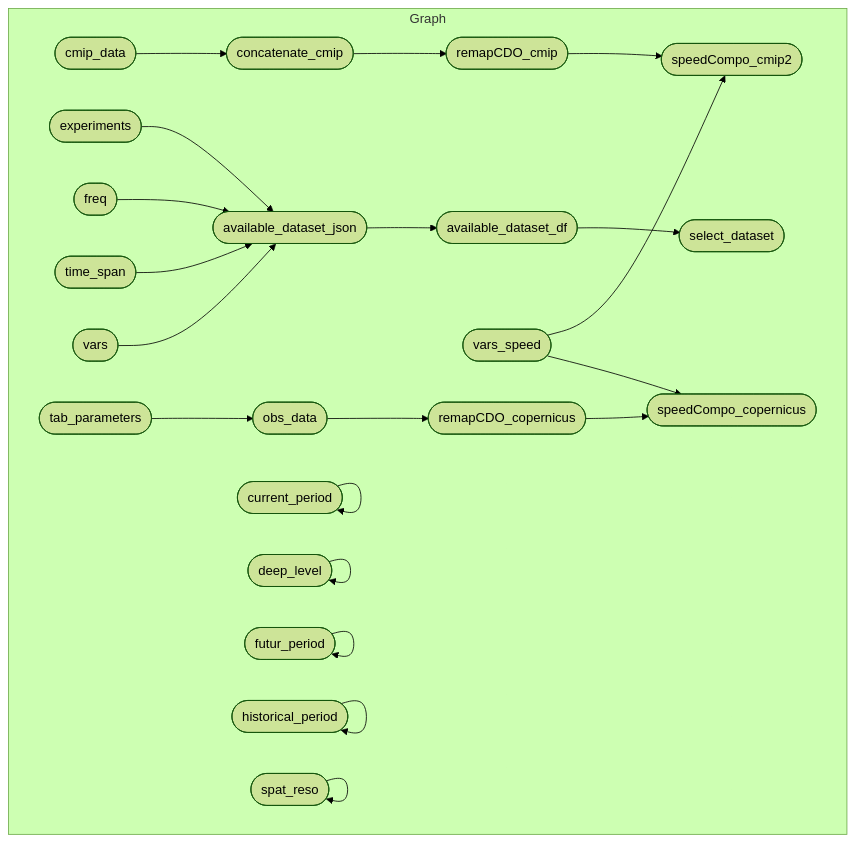
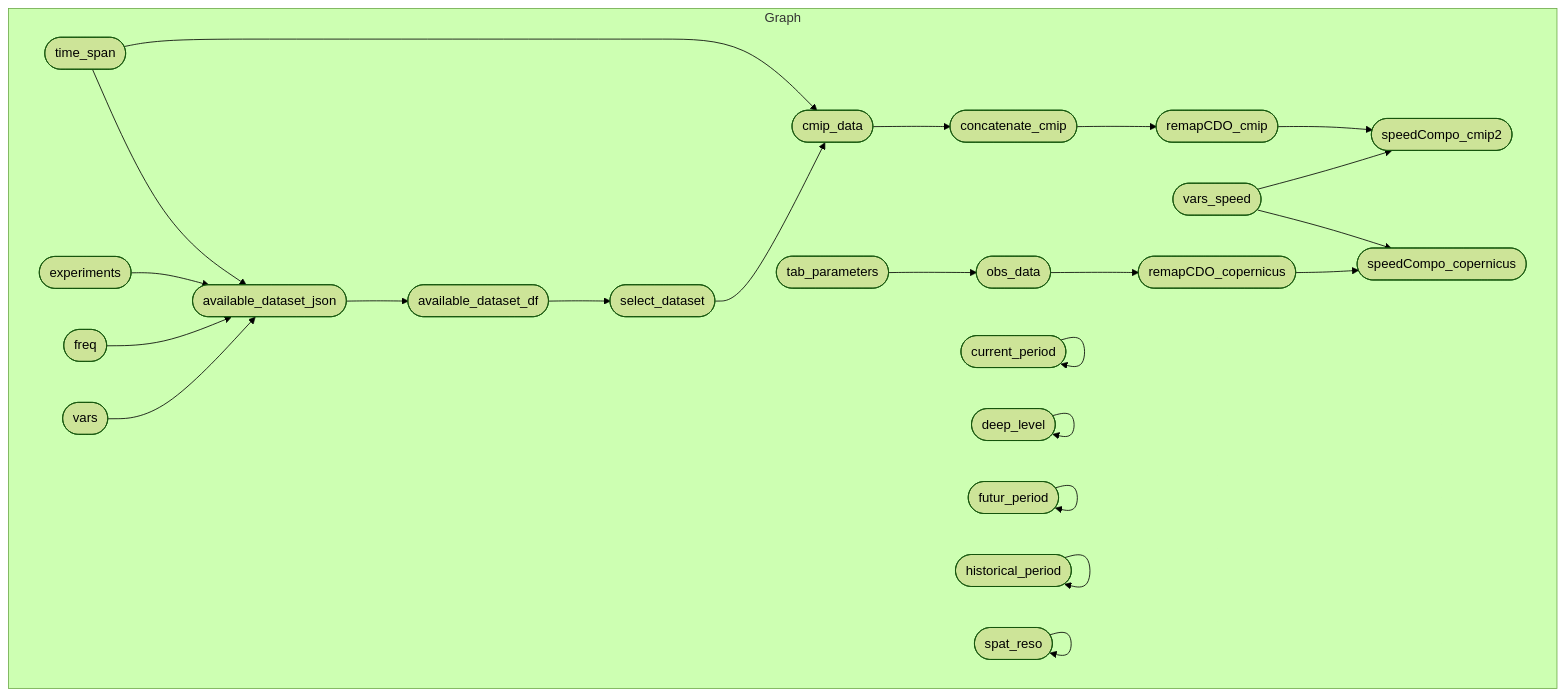
The diagram in README.md (r-fernandezz/downshape), drawn with Mermaid (forest theme) before and after one commit. The commit also changed 1 other file, not shown here.

Commit message:
🔥 REMOVE:  comit development target to update readme

````diff
--- a/README.md
+++ b/README.md
@@ -22,25 +22,27 @@
 ``` mermaid
 graph LR
   subgraph Graph
     direction LR
     x6fcf9b0e7fc429ff(["available_dataset_json"]):::uptodate --> xe895740a9b7896f7(["available_dataset_df"]):::uptodate
-    x4fe875b2492d0106(["concatenate_cmip"]):::uptodate --> xf4b49e2ba07661b1(["remapCDO_cmip"]):::uptodate
-    xd8e5f2013a341013(["cmip_data"]):::uptodate --> x4fe875b2492d0106(["concatenate_cmip"]):::uptodate
+    x4fe875b2492d0106(["concatenate_cmip"]):::outdated --> xf4b49e2ba07661b1(["remapCDO_cmip"]):::outdated
+    xd8e5f2013a341013(["cmip_data"]):::outdated --> x4fe875b2492d0106(["concatenate_cmip"]):::outdated
+    x3f5ab24ee8d242b4(["select_dataset"]):::uptodate --> xd8e5f2013a341013(["cmip_data"]):::outdated
+    x2c0118dd07b06ac8(["time_span"]):::uptodate --> xd8e5f2013a341013(["cmip_data"]):::outdated
     xac02e5e58926353b(["experiments"]):::uptodate --> x6fcf9b0e7fc429ff(["available_dataset_json"]):::uptodate
     x906e78a8df9f52cb(["freq"]):::uptodate --> x6fcf9b0e7fc429ff(["available_dataset_json"]):::uptodate
     x2c0118dd07b06ac8(["time_span"]):::uptodate --> x6fcf9b0e7fc429ff(["available_dataset_json"]):::uptodate
     x8f15ec77b8dbd81a(["vars"]):::uptodate --> x6fcf9b0e7fc429ff(["available_dataset_json"]):::uptodate
-    xf4b49e2ba07661b1(["remapCDO_cmip"]):::uptodate --> x0a3d6e672db943e2(["speedCompo_cmip2"]):::outdated
+    xf4b49e2ba07661b1(["remapCDO_cmip"]):::outdated --> x0a3d6e672db943e2(["speedCompo_cmip2"]):::outdated
     xca459201a27e8460(["vars_speed"]):::uptodate --> x0a3d6e672db943e2(["speedCompo_cmip2"]):::outdated
     xe895740a9b7896f7(["available_dataset_df"]):::uptodate --> x3f5ab24ee8d242b4(["select_dataset"]):::uptodate
     xd7bca5ba4e5f539d(["obs_data"]):::uptodate --> xec6283d15a25ed08(["remapCDO_copernicus"]):::uptodate
     xec6283d15a25ed08(["remapCDO_copernicus"]):::uptodate --> xfc6ed28680e5db72(["speedCompo_copernicus"]):::outdated
     xca459201a27e8460(["vars_speed"]):::uptodate --> xfc6ed28680e5db72(["speedCompo_copernicus"]):::outdated
     x4301c707c2ab0cdc(["tab_parameters"]):::uptodate --> xd7bca5ba4e5f539d(["obs_data"]):::uptodate
     x084994fb0e480676(["current_period"]):::uptodate --> x084994fb0e480676(["current_period"]):::uptodate
     x625f066a5f205ec8(["deep_level"]):::uptodate --> x625f066a5f205ec8(["deep_level"]):::uptodate
     xbce5cad1cf7e7103(["futur_period"]):::uptodate --> xbce5cad1cf7e7103(["futur_period"]):::uptodate
     x57dd1d5e854c11b6(["historical_period"]):::uptodate --> x57dd1d5e854c11b6(["historical_period"]):::uptodate
     xe73cbbcc20086ecd(["spat_reso"]):::uptodate --> xe73cbbcc20086ecd(["spat_reso"]):::uptodate
   end
 ```
````
